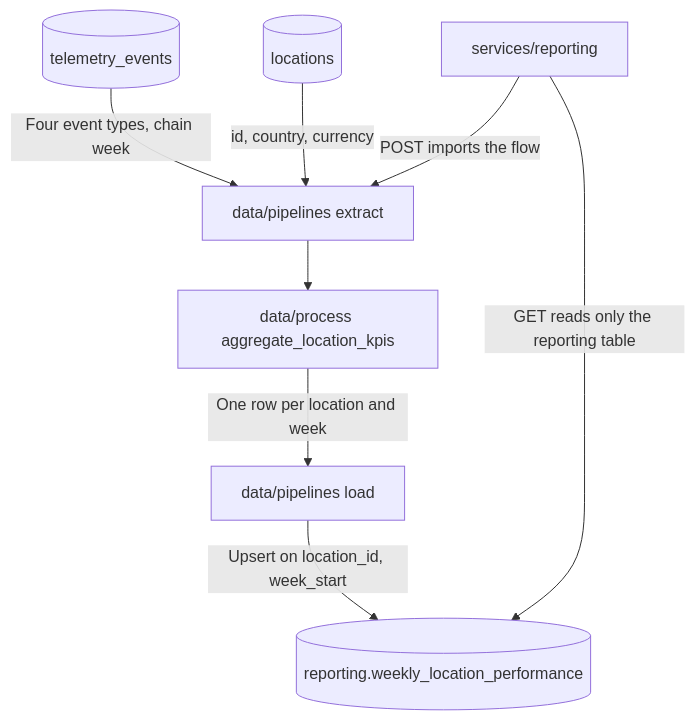
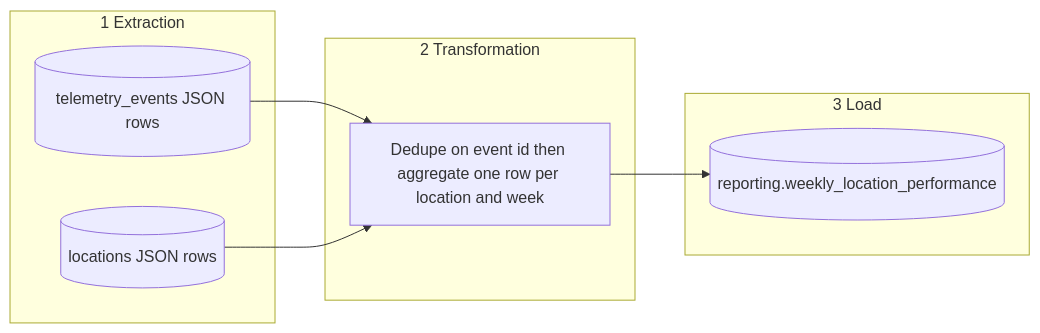
One commit to Rickycastro1940/ai-engineering-company-project-monorepo changed the diagram in data/pipelines/PIPELINE_DESIGN.md. Above: the diagram before and after it, drawn with Mermaid. The commit also changed other lines of this file, not shown here.

First line of the commit message:
Specify extraction, the three pipeline stages, and duplicate handling.

````diff
--- a/data/pipelines/PIPELINE_DESIGN.md
+++ b/data/pipelines/PIPELINE_DESIGN.md
@@ -141,10 +148,16 @@
 ```mermaid
-graph TD
-    A[(telemetry_events)] -->|Four event types, chain week| C[data/pipelines extract]
-    B[(locations)] -->|id, country, currency| C
-    C --> D[data/process aggregate_location_kpis]
-    D -->|One row per location and week| E[data/pipelines load]
-    E -->|Upsert on location_id, week_start| F[(reporting.weekly_location_performance)]
-    G[services/reporting] -->|POST imports the flow| C
-    G -->|GET reads only the reporting table| F
+flowchart LR
+  subgraph extraction [1 Extraction]
+    A[(telemetry_events JSON rows)]
+    B[(locations JSON rows)]
+  end
+  subgraph transformation [2 Transformation]
+    C[Dedupe on event id then aggregate one row per location and week]
+  end
+  subgraph load [3 Load]
+    D[(reporting.weekly_location_performance)]
+  end
+  A --> C
+  B --> C
+  C --> D
 ```
````
